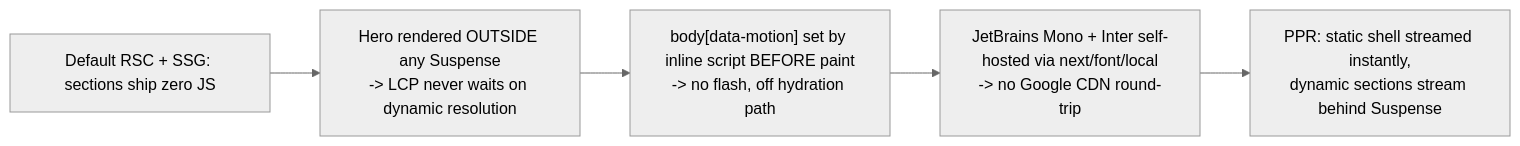
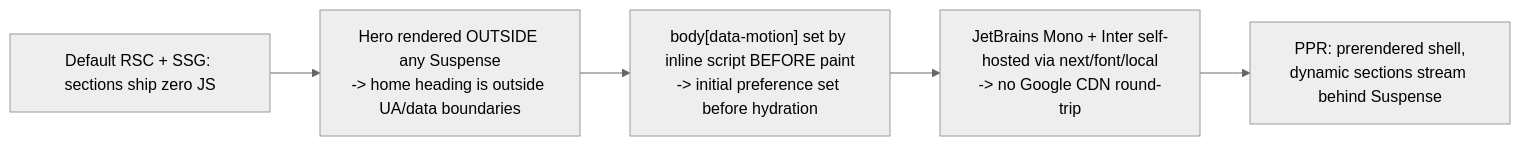
Before and after one commit to erikunha/portfolio: the diagram in docs/08-performance-and-accessibility.md, drawn with Mermaid (neutral theme). The commit also changed other lines of this file and 1307 other files, not shown here.

````diff
--- a/docs/08-performance-and-accessibility.md
+++ b/docs/08-performance-and-accessibility.md
@@ -24,8 +24,8 @@
 ```mermaid
 flowchart LR
     static["Default RSC + SSG: sections ship zero JS"] --> hero
-    hero["Hero rendered OUTSIDE any Suspense<br/>-> LCP never waits on dynamic resolution"] --> boot
-    boot["body[data-motion] set by inline script BEFORE paint<br/>-> no flash, off hydration path"] --> fonts
+    hero["Hero rendered OUTSIDE any Suspense<br/>-> home heading is outside UA/data boundaries"] --> boot
+    boot["body[data-motion] set by inline script BEFORE paint<br/>-> initial preference set before hydration"] --> fonts
     fonts["JetBrains Mono + Inter self-hosted via next/font/local<br/>-> no Google CDN round-trip"] --> ppr
-    ppr["PPR: static shell streamed instantly,<br/>dynamic sections stream behind Suspense"]
+    ppr["PPR: prerendered shell,<br/>dynamic sections stream behind Suspense"]
 ```
````
